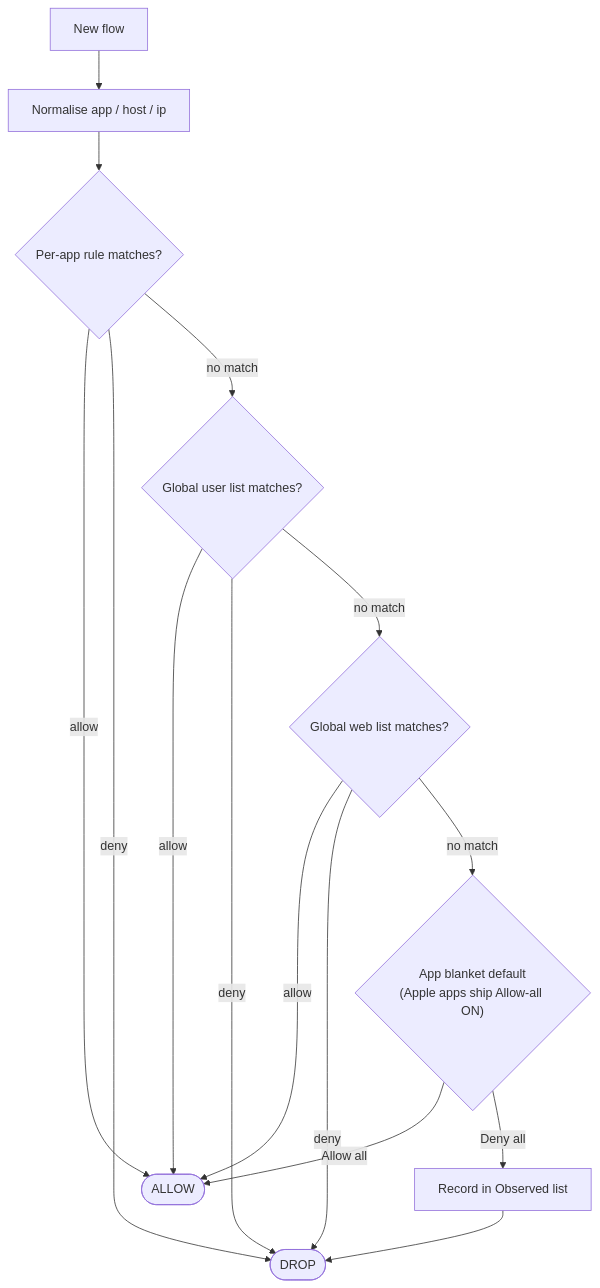
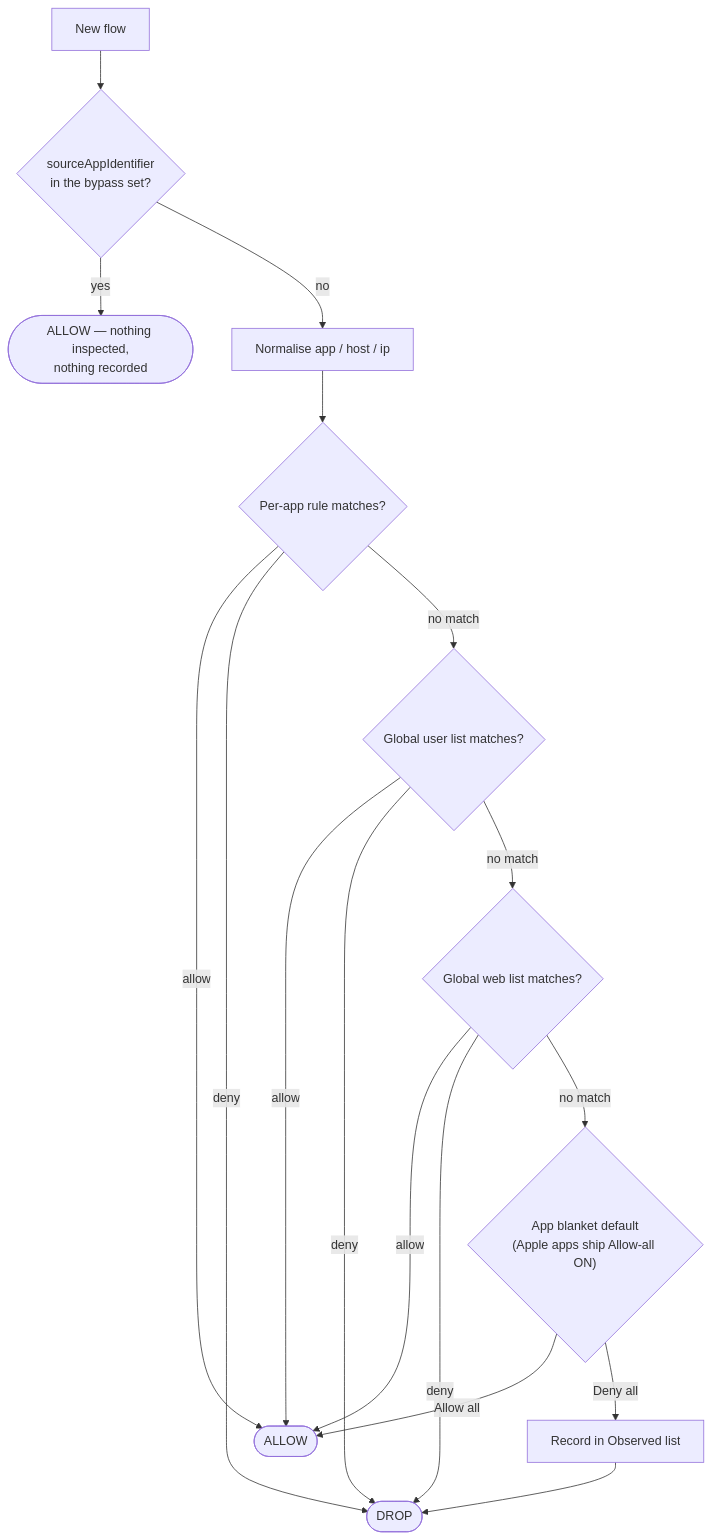
Before and after one commit to eltiren/samaritan: the diagram in docs/firewall-rules.md, drawn with Mermaid. The commit also changed other lines of this file and 11 other files, not shown here.

````diff
--- a/docs/firewall-rules.md
+++ b/docs/firewall-rules.md
@@ -140,17 +211,19 @@
 ```mermaid
 flowchart TD
-    A[New flow] --> B[Normalise app / host / ip]
+    A[New flow] --> Z{"sourceAppIdentifier<br/>in the bypass set?"}
+    Z -->|yes| BYPASS([ALLOW — nothing inspected,<br/>nothing recorded])
+    Z -->|no| B[Normalise app / host / ip]
     B --> C{Per-app rule matches?}
     C -->|allow| ALLOW([ALLOW])
     C -->|deny| DENY([DROP])
     C -->|no match| D{Global user list matches?}
     D -->|allow| ALLOW
     D -->|deny| DENY
     D -->|no match| E{Global web list matches?}
     E -->|allow| ALLOW
     E -->|deny| DENY
     E -->|no match| F{"App blanket default<br/>(Apple apps ship Allow-all ON)"}
     F -->|Allow all| ALLOW
     F -->|Deny all| H[Record in Observed list]
     H --> DENY
 ```
````
